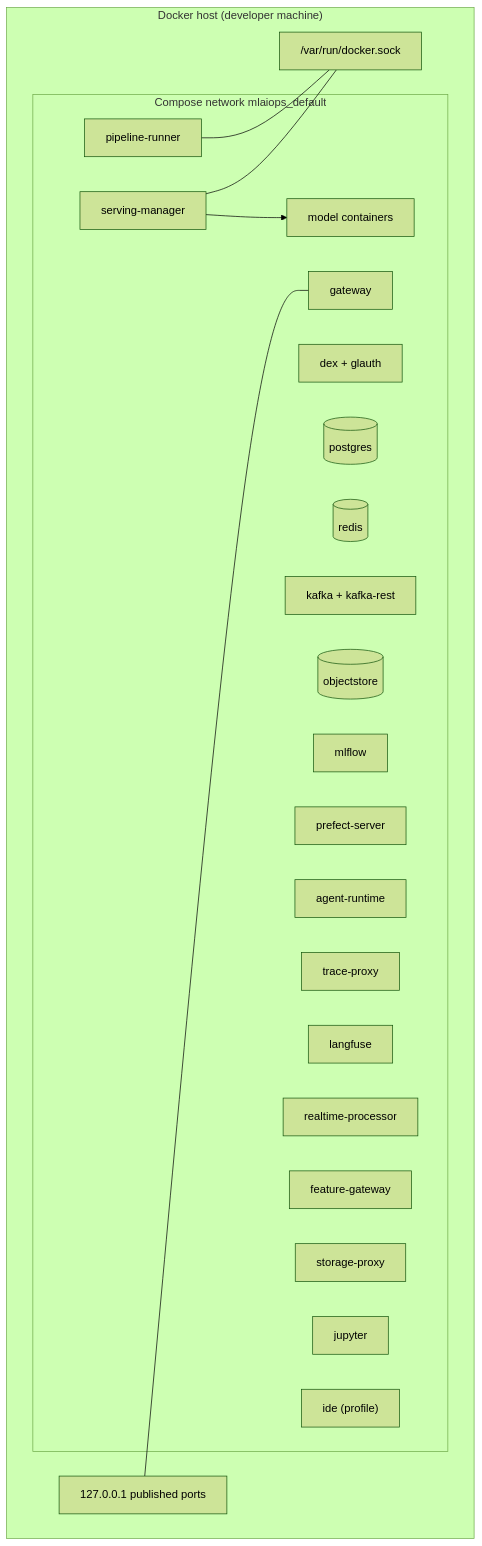
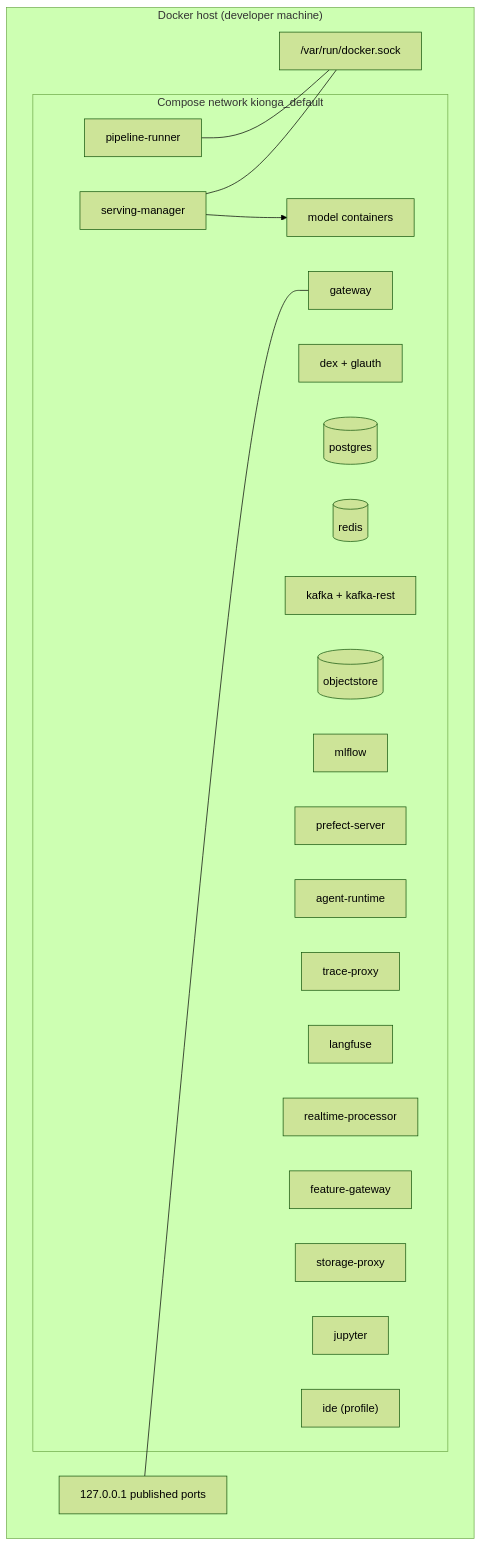
The first of 3 diagrams in engineering/docs/architecture/07-deployment-view.md (kiongahq/docs), drawn with Mermaid (forest theme) before and after one commit. The commit also changed other lines of this file and 64 other files, not shown here.

First line of the commit message:
feat!: rename mlaiops to kionga (#55)

````diff
--- a/engineering/docs/architecture/07-deployment-view.md
+++ b/engineering/docs/architecture/07-deployment-view.md
@@ -24,32 +24,32 @@
 ```mermaid
 flowchart TB
     subgraph host["Docker host (developer machine)"]
-        subgraph net["Compose network mlaiops_default"]
+        subgraph net["Compose network kionga_default"]
             gw["gateway"]
             dex["dex + glauth"]
             pg[("postgres")]
             redis[("redis")]
             kafka["kafka + kafka-rest"]
             os[("objectstore")]
             mlflow["mlflow"]
             prefect["prefect-server"]
             runner["pipeline-runner"]
             sm["serving-manager"]
             serve["model containers"]
             ar["agent-runtime"]
             tp["trace-proxy"]
             lf["langfuse"]
             rt["realtime-processor"]
             fg["feature-gateway"]
             sp["storage-proxy"]
             jup["jupyter"]
             ide["ide (profile)"]
         end
         sock["/var/run/docker.sock"]
         lo["127.0.0.1 published ports"]
     end
     lo --- gw
     runner --- sock
     sm --- sock
     sm --> serve
 ```
````
